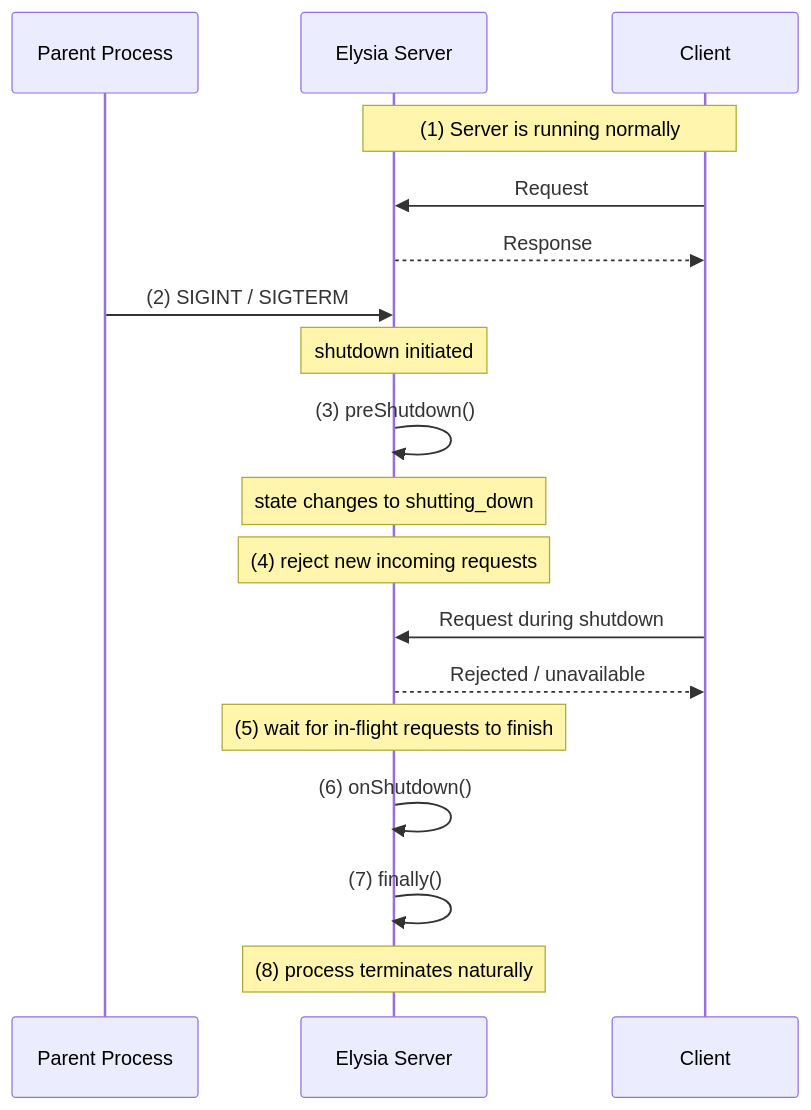
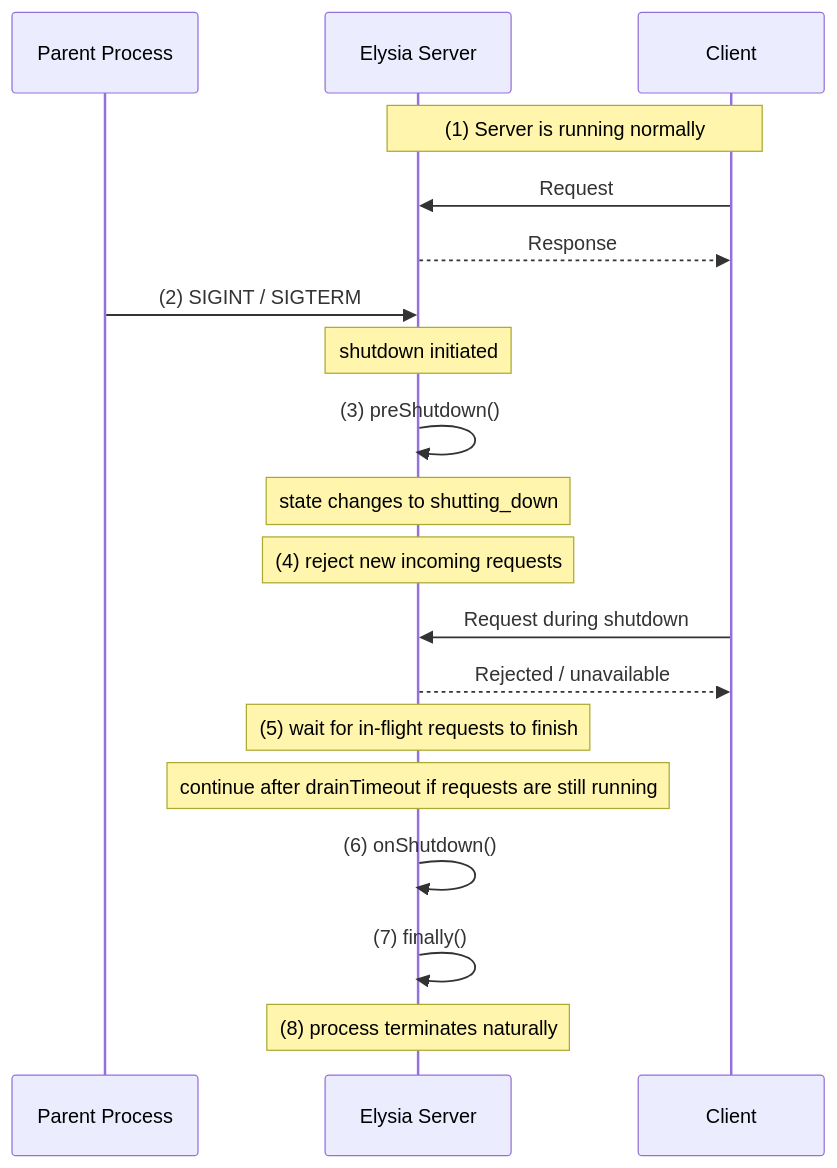
The diagram in README.md (Naviary-Sanctuary/elysia-graceful-shutdown), drawn with Mermaid before and after one commit. The commit also changed other lines of this file and 6 other files, not shown here.

Commit message:
feat: drain timeout

````diff
--- a/README.md
+++ b/README.md
@@ -60,29 +62,30 @@
 ```mermaid
 sequenceDiagram
     participant P as Parent Process
     participant S as Elysia Server
     participant C as Client
 
     Note over S,C: (1) Server is running normally
 
     C->>S: Request
     S-->>C: Response
 
     P->>S: (2) SIGINT / SIGTERM
     Note over S: shutdown initiated
 
     S->>S: (3) preShutdown()
     Note over S: state changes to shutting_down
 
     Note over S: (4) reject new incoming requests
 
     C->>S: Request during shutdown
     S-->>C: Rejected / unavailable
 
     Note over S: (5) wait for in-flight requests to finish
+    Note over S: continue after drainTimeout if requests are still running
 
     S->>S: (6) onShutdown()
     S->>S: (7) finally()
 
     Note over S: (8) process terminates naturally
 ```
````
